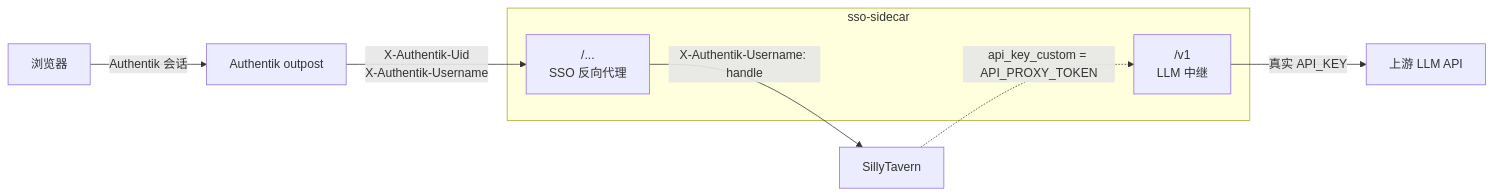
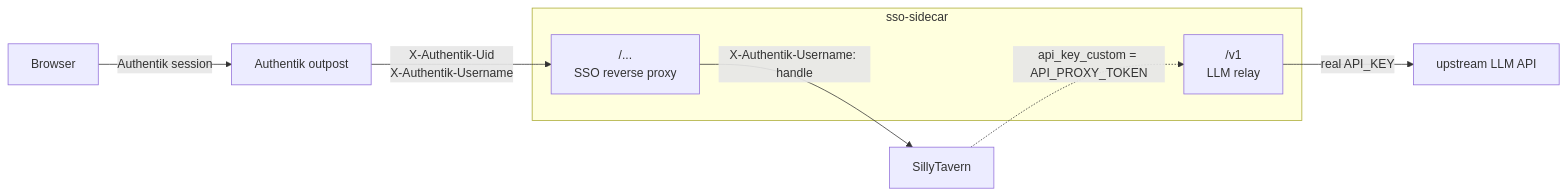
Before and after one commit to YatsukiRenka/sso-sidecar: the diagram in README.md, drawn with Mermaid. The commit also changed other lines of this file and 2 other files, not shown here.

````diff
--- a/README.md
+++ b/README.md
@@ -16,13 +60,13 @@
 ```mermaid
 flowchart LR
     subgraph SC["sso-sidecar"]
-        P["/...<br/>SSO 反向代理"]
-        R["/v1<br/>LLM 中继"]
+        P["/...<br/>SSO reverse proxy"]
+        R["/v1<br/>LLM relay"]
     end
 
-    B["浏览器"] -->|"Authentik 会话"| O["Authentik outpost"]
+    B["Browser"] -->|"Authentik session"| O["Authentik outpost"]
     O -->|"X-Authentik-Uid<br/>X-Authentik-Username"| P
     P -->|"X-Authentik-Username: handle"| ST["SillyTavern"]
     ST -.->|"api_key_custom = API_PROXY_TOKEN"| R
-    R -->|"真实 API_KEY"| U["上游 LLM API"]
+    R -->|"real API_KEY"| U["upstream LLM API"]
 ```
````
